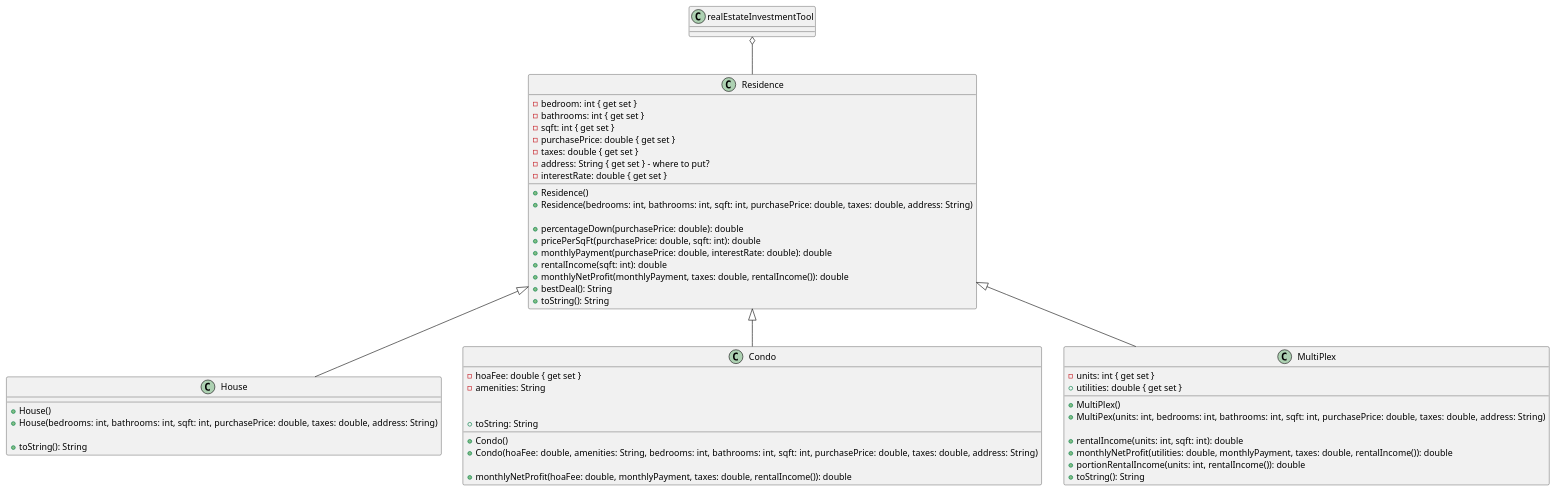
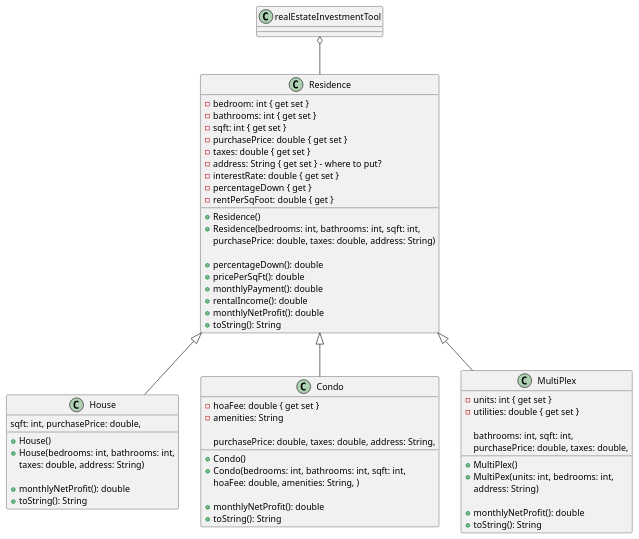
One commit to Hansen-Breanna/cit-260-final changed the diagram in src/Investment.plantuml. Above: the diagram before and after it, drawn with PlantUML.

Commit message:
remove variables from methods. update UML from class hour

```diff
--- a/src/Investment.plantuml
+++ b/src/Investment.plantuml
@@ -1,56 +1,66 @@
 @startuml
 
 class Residence {
     -bedroom: int { get set }
     -bathrooms: int { get set }
     -sqft: int { get set }
     -purchasePrice: double { get set }
     -taxes: double { get set }
     -address: String { get set } - where to put?
     -interestRate: double { get set }
+    -percentageDown { get }
+    -rentPerSqFoot: double { get }
 
     +Residence()
-    +Residence(bedrooms: int, bathrooms: int, sqft: int, purchasePrice: double, taxes: double, address: String)
+    +Residence(bedrooms: int, bathrooms: int, sqft: int,
+         purchasePrice: double, taxes: double, address: String)
 
-    +percentageDown(purchasePrice: double): double
-    +pricePerSqFt(purchasePrice: double, sqft: int): double
-    +monthlyPayment(purchasePrice: double, interestRate: double): double
-    +rentalIncome(sqft: int): double
-    +monthlyNetProfit(monthlyPayment, taxes: double, rentalIncome()): double
-    +bestDeal(): String
+    +percentageDown(): double
+    +pricePerSqFt(): double
+    +monthlyPayment(): double
+    +rentalIncome(): double
+    +monthlyNetProfit(): double
     +toString(): String
 }
 
 class House extends Residence {
+
     +House()
-    +House(bedrooms: int, bathrooms: int, sqft: int, purchasePrice: double,  taxes: double, address: String)
+    +House(bedrooms: int, bathrooms: int,
+         sqft: int, purchasePrice: double,
+         taxes: double, address: String)
 
+    +monthlyNetProfit(): double
     +toString(): String
 }
 
 class Condo extends Residence {
     -hoaFee: double { get set }
     -amenities: String
 
     +Condo()
-    +Condo(hoaFee: double, amenities: String, bedrooms: int, bathrooms: int, sqft: int, purchasePrice: double,  taxes: double, address: String)
+    +Condo(bedrooms: int, bathrooms: int, sqft: int,
+         purchasePrice: double, taxes: double, address: String,
+         hoaFee: double, amenities: String, )
 
-    +monthlyNetProfit(hoaFee: double, monthlyPayment, taxes: double, rentalIncome()): double
-    +toString: String
+    +monthlyNetProfit(): double
+    +toString(): String
 }
 
 class MultiPlex extends Residence {
     -units: int { get set }
-    +utilities: double { get set }
+    -utilities: double { get set }
 
     +MultiPlex()
-    +MultiPex(units: int, bedrooms: int, bathrooms: int, sqft: int, purchasePrice: double,  taxes: double, address: String)
+    +MultiPex(units: int, bedrooms: int,
+         bathrooms: int, sqft: int,
+         purchasePrice: double, taxes: double,
+         address: String)
 
-    +rentalIncome(units: int, sqft: int): double
-    +monthlyNetProfit(utilities: double, monthlyPayment, taxes: double, rentalIncome()): double
-    +portionRentalIncome(units: int, rentalIncome()): double
+    +monthlyNetProfit(): double
     +toString(): String
 }
 
 realEstateInvestmentTool o-- Residence
+
 @enduml
```
